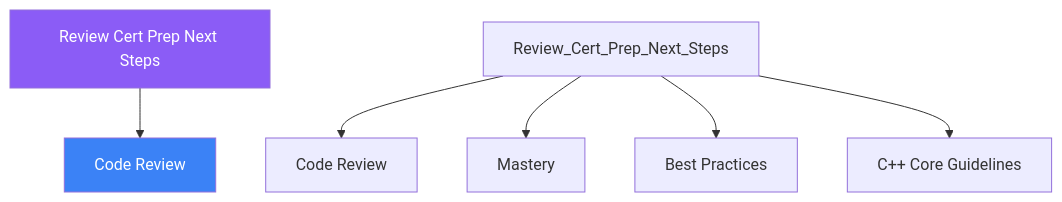
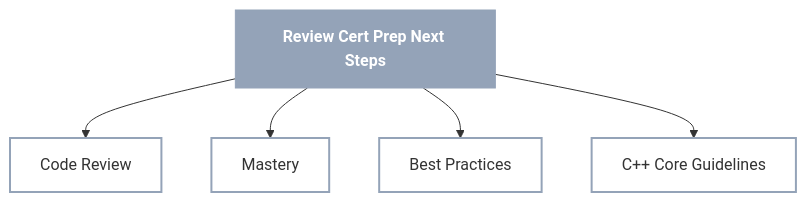
The diagram in mkdocs-site/docs/days/day-30/02-definition.md (AI-Maddy/Learn-Modern-CPP-OOP-30-Days), drawn with Mermaid before and after one commit. The commit also changed 99 other files, not shown here.

````diff
--- a/mkdocs-site/docs/days/day-30/02-definition.md
+++ b/mkdocs-site/docs/days/day-30/02-definition.md
@@ -208,10 +208,12 @@
 ```mermaid
 graph TD
-    ROOT["Review Cert Prep Next Steps"] --> A["Code Review"]
-    Review_Cert_Prep_Next_Steps --> Code_Review["Code Review"]
-    Review_Cert_Prep_Next_Steps --> Mastery["Mastery"]
-    Review_Cert_Prep_Next_Steps --> Best_Practices["Best Practices"]
-    Review_Cert_Prep_Next_Steps --> C++_Core_Guidelines["C++ Core Guidelines"]
-    style ROOT fill:#8b5cf6,color:#fff
-    style A    fill:#3b82f6,color:#fff
+    ROOT["Review Cert Prep Next Steps"]
+    ROOT --> n0["Code Review"]
+    ROOT --> n1["Mastery"]
+    ROOT --> n2["Best Practices"]
+    ROOT --> n3["C++ Core Guidelines"]
+    classDef topic fill:#94a3b8,stroke:#94a3b8,color:#ffffff,font-weight:bold
+    classDef concept fill:transparent,stroke:#94a3b8,stroke-width:2px
+    class ROOT topic
+    class n0,n1,n2,n3 concept
 ```
````
